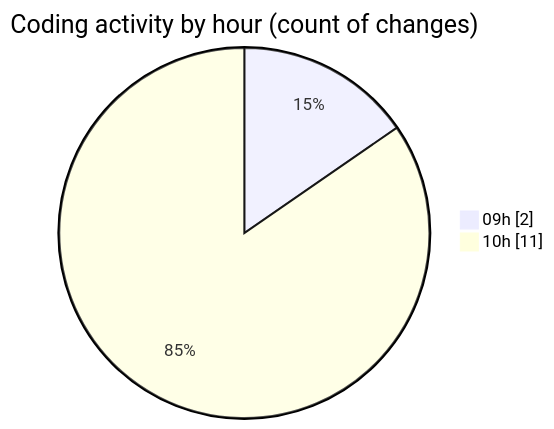
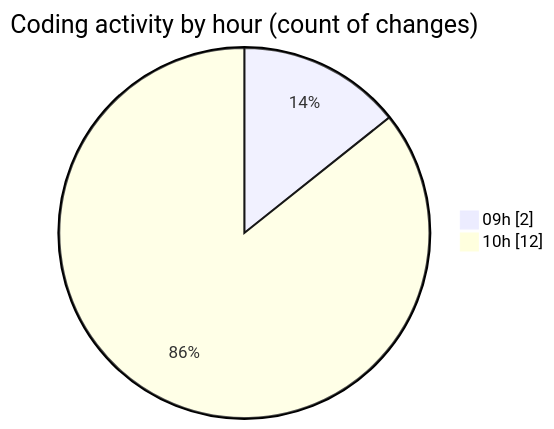
The second of 2 diagrams in 2025-03-27/kml/README.md (LanceThiago/code-tracking), drawn with Mermaid before and after one commit. The commit also changed other lines of this file and 1 other file, not shown here.

````diff
--- a/2025-03-27/kml/README.md
+++ b/2025-03-27/kml/README.md
@@ -36,6 +36,6 @@
 ```mermaid
 pie showData
 title Coding activity by hour (count of changes)
 "09h" : 2
-"10h" : 11
+"10h" : 12
 ```
````
